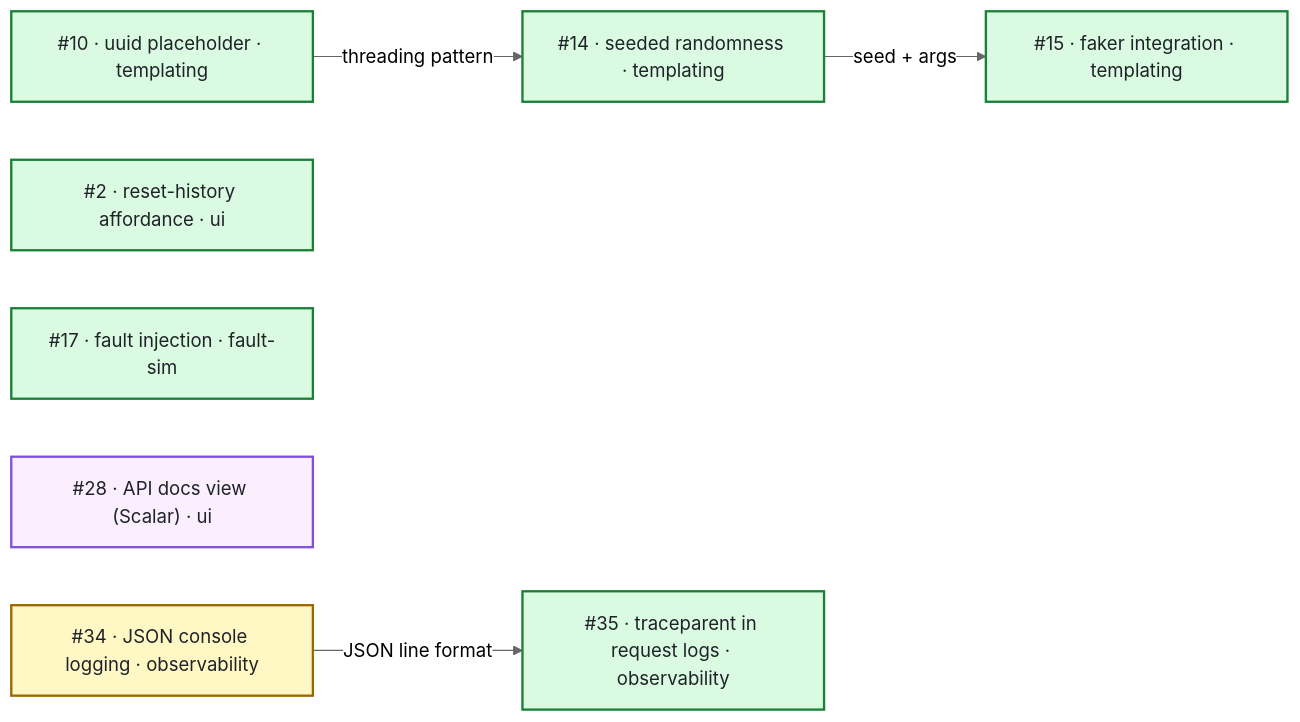
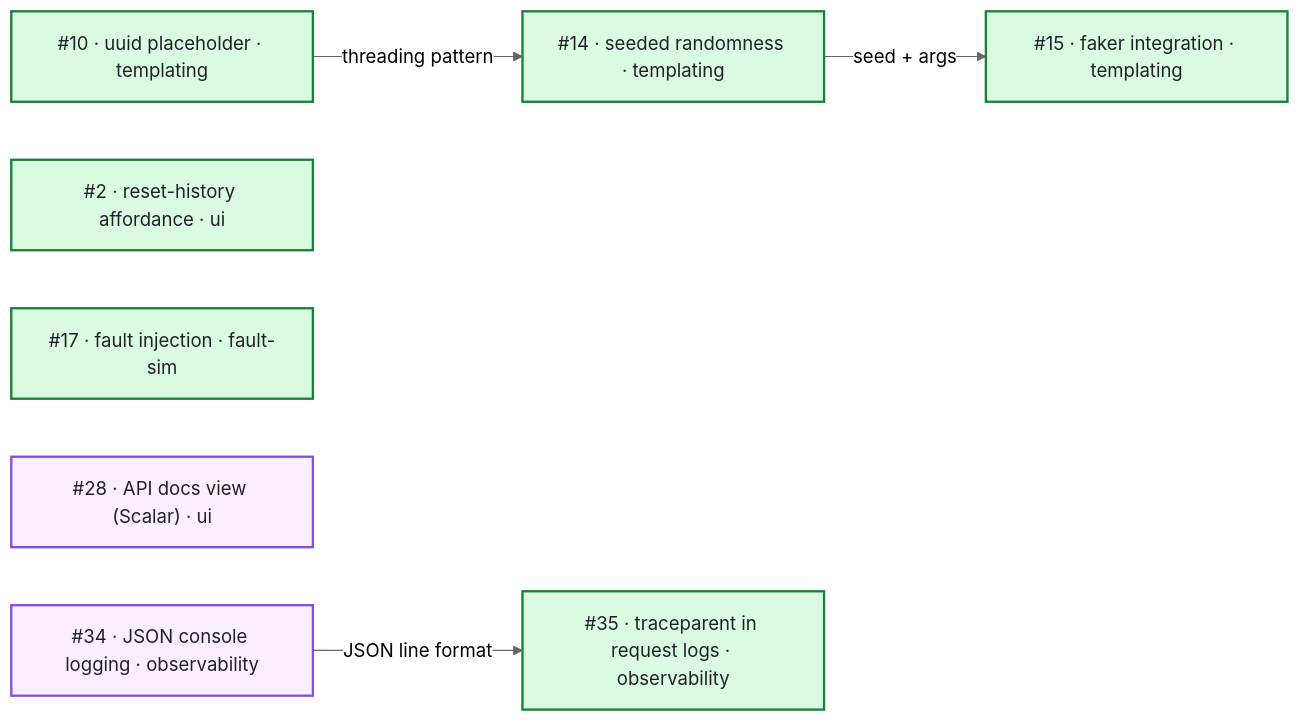
The first of 2 diagrams in tickets.md (bilal-fazlani/mock-server), drawn with Mermaid (neutral theme) before and after one commit. The commit also changed 19 other files, not shown here.

````diff
--- a/tickets.md
+++ b/tickets.md
@@ -5,25 +5,24 @@
 ```mermaid
 flowchart LR
   I10["#10 · uuid placeholder · templating"]
   I14["#14 · seeded randomness · templating"]
   I15["#15 · faker integration · templating"]
   I2["#2 · reset-history affordance · ui"]
   I17["#17 · fault injection · fault-sim"]
   I28["#28 · API docs view (Scalar) · ui"]
   I34["#34 · JSON console logging · observability"]
   I35["#35 · traceparent in request logs · observability"]
 
   I10 -- "threading pattern" --> I14
   I14 -- "seed + args" --> I15
   I34 -- "JSON line format" --> I35
 
   classDef backlog    fill:#dafbe1,stroke:#1a7f37,stroke-width:2px,color:#1f2328
   classDef refining   fill:#ffeff7,stroke:#bf3989,stroke-width:2px,color:#1f2328
   classDef ready      fill:#ddf4ff,stroke:#0969da,stroke-width:2px,color:#1f2328
   classDef inprogress fill:#fff8c5,stroke:#9a6700,stroke-width:2px,color:#1f2328
   classDef inreview   fill:#fbefff,stroke:#8250df,stroke-width:2px,color:#1f2328
 
   class I2,I10,I14,I15,I17,I35 backlog
-  class I34 inprogress
-  class I28 inreview
+  class I28,I34 inreview
 ```
````
